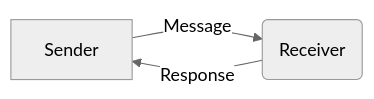
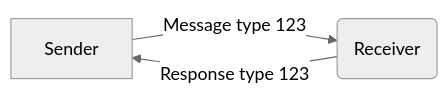
The second of 3 diagrams in devices/api/messages/5-ack.md (lightbug-io/docs), drawn with Mermaid (neutral theme) before and after one commit. The commit also changed other lines of this file and 75 other files, not shown here.

````diff
--- a/devices/api/messages/5-ack.md
+++ b/devices/api/messages/5-ack.md
@@ -33,5 +62,5 @@
 ```mermaid
 flowchart LR
-    A[Sender] -->|Message| B(Receiver)
-    B -->|Response| A
+    A[Sender] -->|Message type 123| B(Receiver)
+    B -->|Response type 123| A
 ```
````
